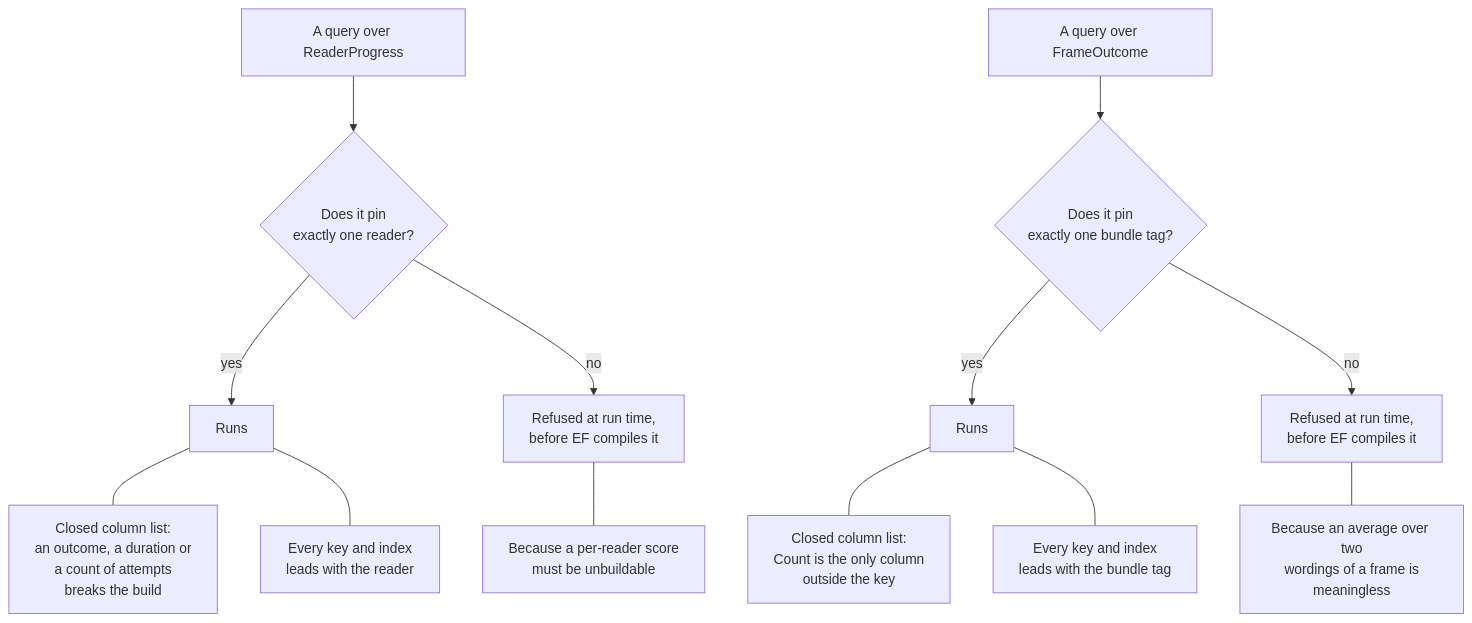
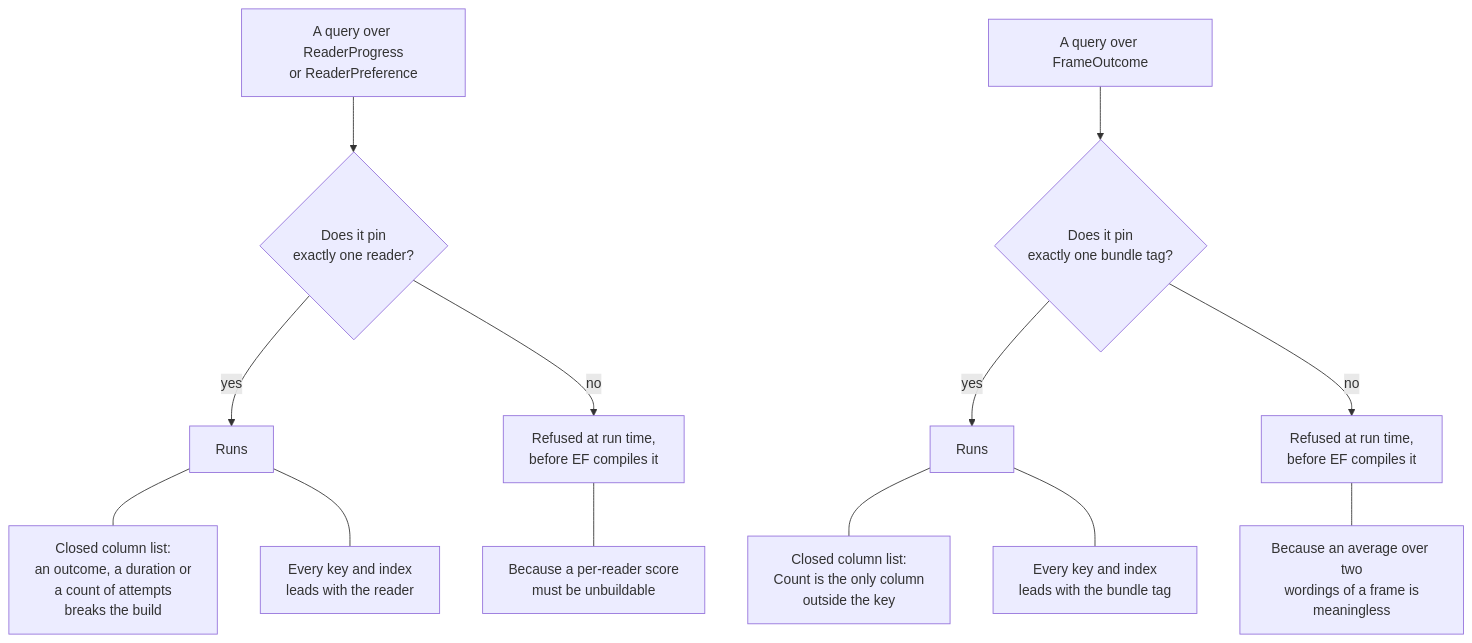
Before and after one commit to konradcinkusz/ab-ove: the diagram in docs/diagrams/c4-refused-queries.mmd, drawn with Mermaid. The commit also changed 79 other files, not shown here.

```diff
--- a/docs/diagrams/c4-refused-queries.mmd
+++ b/docs/diagrams/c4-refused-queries.mmd
@@ -1,48 +1,49 @@
 %% Two queries the persistence layer refuses, and the different reason each one has.
 %% ONE DIAGRAM PER FILE. ASCII ONLY.
 
 %% THEY ARE MIRROR IMAGES AND NOT THE SAME RULE WITH A DIFFERENT COLUMN ON IT.
-%% ReaderScopedQueries refuses a query that spans READERS, because a per-reader score is
-%% being made unbuildable (ADR-0009, ADR-0020). BundlePinnedQueries refuses a query that
+%% ReaderScopedQueries refuses a query that spans READERS -- over either of the two tables
+%% keyed by one -- because a per-reader score is being made unbuildable (ADR-0009, ADR-0020,
+%% ADR-0048). BundlePinnedQueries refuses a query that
 %% spans TEXTS, because an average over two wordings of a frame is meaningless rather than
 %% forbidden (ADR-0024) -- it would make the ledger lie about a frame somebody has already
 %% fixed.
 
 %% EACH WAS WATCHED REFUSING SOMETHING BEFORE IT WAS BELIEVED, and one of them refused
 %% something nobody planted: three of the outcome store's own tests read it without pinning
 %% a tag.
 
 %% THE REFUSAL HAPPENS BEFORE EF COMPILES THE QUERY, which is what makes it a rule rather
 %% than a review comment.
 
 flowchart TD
-  Q1["A query over ReaderProgress"]
+  Q1["A query over ReaderProgress<br/>or ReaderPreference"]
   G1{"Does it pin<br/>exactly one reader?"}
   R1["Runs"]
   X1["Refused at run time,<br/>before EF compiles it"]
 
   Q2["A query over FrameOutcome"]
   G2{"Does it pin<br/>exactly one bundle tag?"}
   R2["Runs"]
   X2["Refused at run time,<br/>before EF compiles it"]
 
   Q1 --> G1
   G1 -->|"yes"| R1
   G1 -->|"no"| X1
   Q2 --> G2
   G2 -->|"yes"| R2
   G2 -->|"no"| X2
 
   W1["Because a per-reader score<br/>must be unbuildable"]
   W2["Because an average over two<br/>wordings of a frame is<br/>meaningless"]
   X1 --- W1
   X2 --- W2
 
   K1["Closed column list:<br/>an outcome, a duration or<br/>a count of attempts<br/>breaks the build"]
   K2["Closed column list:<br/>Count is the only column<br/>outside the key"]
   I1["Every key and index<br/>leads with the reader"]
   I2["Every key and index<br/>leads with the bundle tag"]
   R1 --- K1
   R1 --- I1
   R2 --- K2
   R2 --- I2
```
